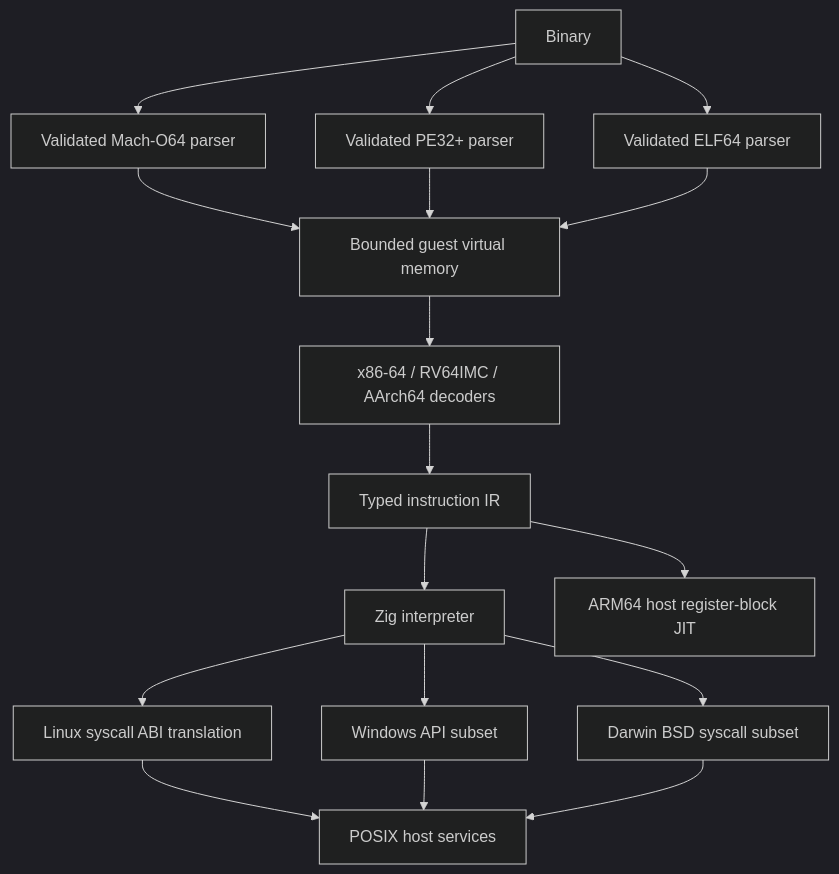
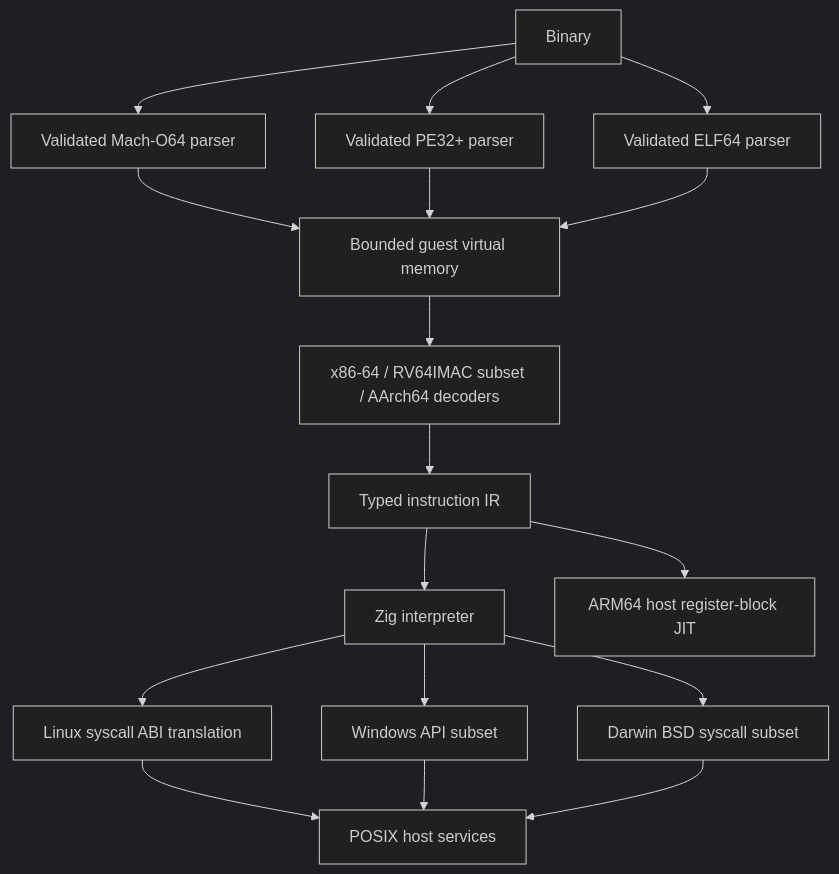
The diagram in docs/architecture.md (OthmaneBlial/universe), drawn with Mermaid (dark theme) before and after one commit. The commit also changed other lines of this file and 19 other files, not shown here.

````diff
--- a/docs/architecture.md
+++ b/docs/architecture.md
@@ -6,19 +6,19 @@
 ```mermaid
 flowchart TD
     Binary --> ELF[Validated ELF64 parser]
     Binary --> PE[Validated PE32+ parser]
     Binary --> MachO[Validated Mach-O64 parser]
     MachO --> Memory
     PE --> Memory
     ELF --> Memory[Bounded guest virtual memory]
-    Memory --> Decode[x86-64 / RV64IMC / AArch64 decoders]
+    Memory --> Decode[x86-64 / RV64IMAC subset / AArch64 decoders]
     Decode --> UIR[Typed instruction IR]
     UIR --> Interpreter[Zig interpreter]
     UIR --> JIT[ARM64 host register-block JIT]
     Interpreter --> Linux[Linux syscall ABI translation]
     Linux --> Host[POSIX host services]
     Interpreter --> Windows[Windows API subset]
     Windows --> Host
     Interpreter --> Darwin[Darwin BSD syscall subset]
     Darwin --> Host
 ```
````
